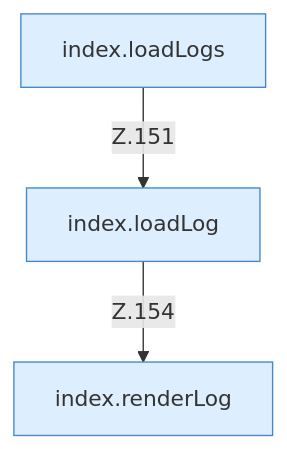
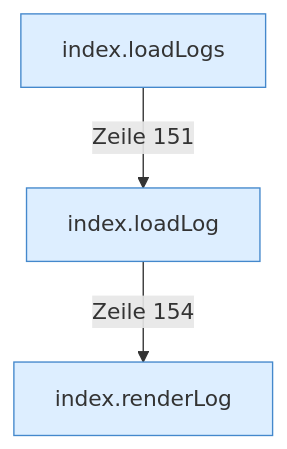
One commit to PrinceDiamant/minecraft-serverhoster-plugin changed the diagram in Legacy-Logs.md. Above: the diagram before and after it, drawn with Mermaid. The commit also changed other lines of this file and 2005 other files, not shown here.

````diff
--- a/Legacy-Logs.md
+++ b/Legacy-Logs.md
@@ -5,10 +5,10 @@
 ```mermaid
 flowchart TD
   n1["index.loadLogs"]:::internal-link
   n2["index.loadLog"]:::internal-link
   n3["index.renderLog"]:::internal-link
-  n1 -->|"Z.151"| n2
-  n2 -->|"Z.154"| n3
+  n1 -->|"Zeile 151"| n2
+  n2 -->|"Zeile 154"| n3
   classDef internal-link fill:#ddeeff,stroke:#4488cc
   classDef befund fill:#f88
 ```
````
